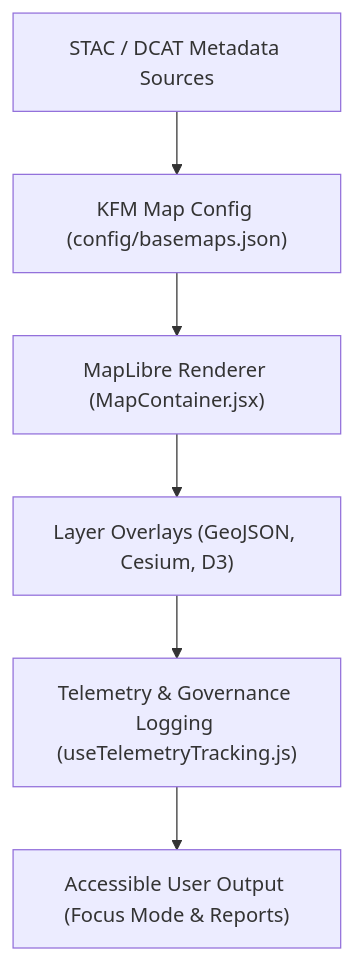
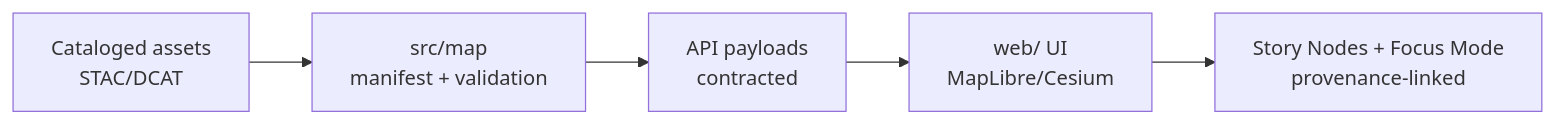
Before and after one commit to bartytime4life/Kansas-Frontier-Matrix: the first of 2 diagrams in src/map/README.md, drawn with Mermaid. The commit also changed other lines of this file, not shown here.

````diff
--- a/src/map/README.md
+++ b/src/map/README.md
@@ -94,8 +152,7 @@
-```mermaid
-flowchart TD
-A["STAC / DCAT Metadata Sources"] --> B["KFM Map Config (config/basemaps.json)"]
-B --> C["MapLibre Renderer (MapContainer.jsx)"]
-C --> D["Layer Overlays (GeoJSON, Cesium, D3)"]
-D --> E["Telemetry & Governance Logging (useTelemetryTracking.js)"]
-E --> F["Accessible User Output (Focus Mode & Reports)"]
-```
+~~~mermaid
+flowchart LR
+  A[Cataloged assets<br/>STAC/DCAT] --> B[src/map<br/>manifest + validation]
+  B --> C[API payloads<br/>contracted]
+  C --> D[web/ UI<br/>MapLibre/Cesium]
+  D --> E[Story Nodes + Focus Mode<br/>provenance-linked]
+~~~
````
